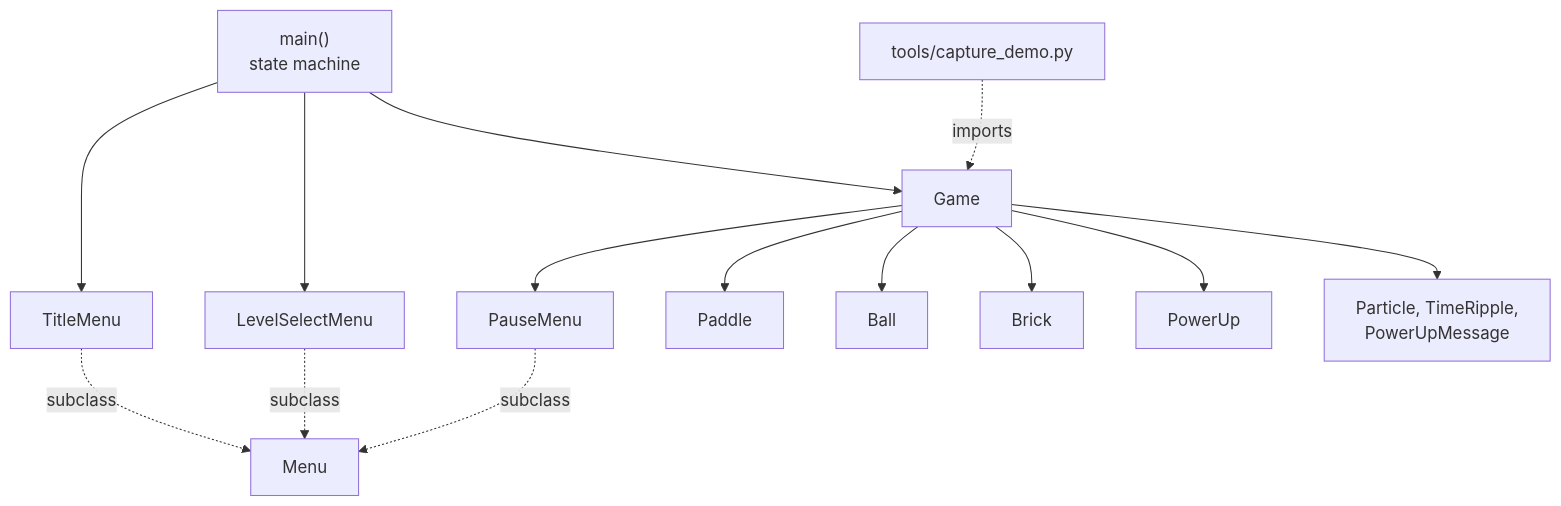
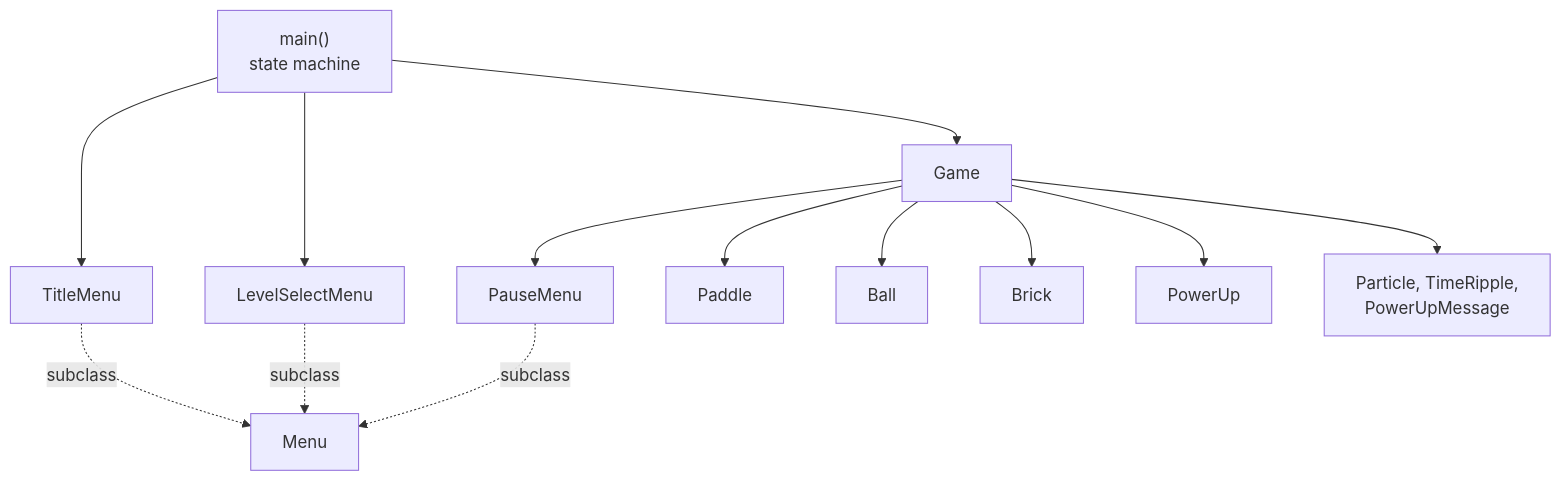
Before and after one commit to DanielMellen-University/Breakout: the diagram in README.md, drawn with Mermaid. The commit also changed other lines of this file and 3 other files, not shown here.

````diff
--- a/README.md
+++ b/README.md
@@ -61,14 +61,13 @@
 ```mermaid
 flowchart TD
     main["main()<br/>state machine"] --> title[TitleMenu]
     main --> levels[LevelSelectMenu]
     main --> game[Game]
     title & levels & pause[PauseMenu] -.->|subclass| menu[Menu]
     game --> pause
     game --> paddle[Paddle]
     game --> ball[Ball]
     game --> brick[Brick]
     game --> powerup[PowerUp]
     game --> fx["Particle, TimeRipple,<br/>PowerUpMessage"]
-    capture["tools/capture_demo.py"] -.->|imports| game
 ```
````
